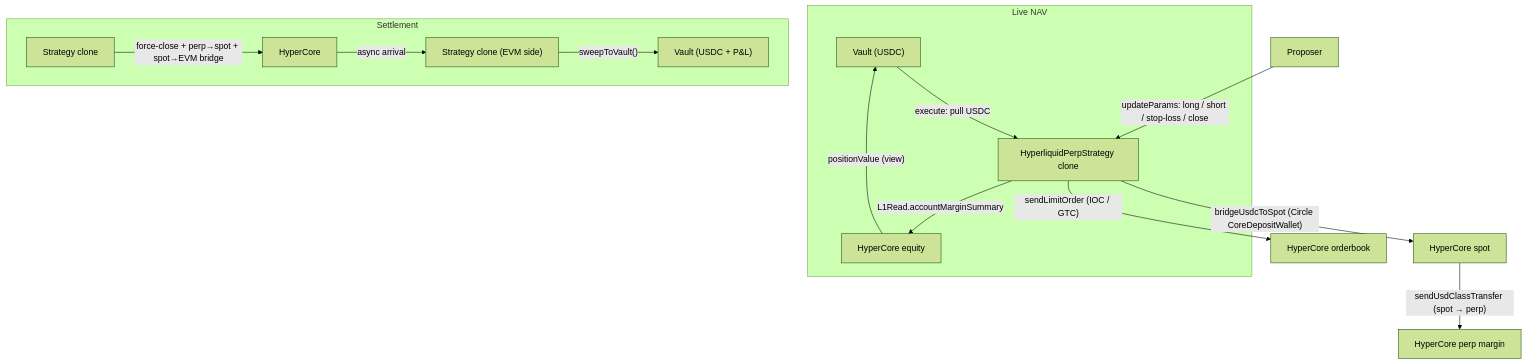
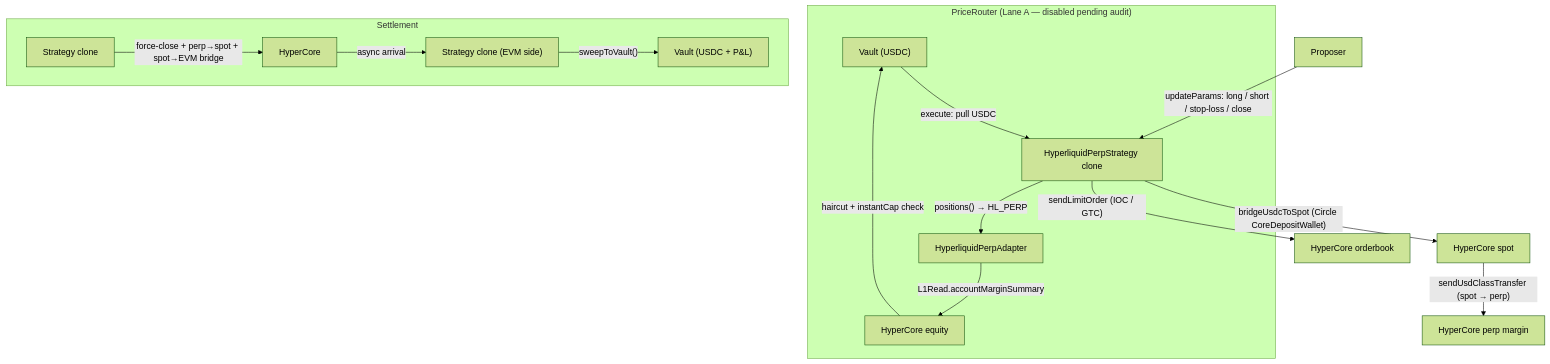
One commit to sherwoodagent/mintlify-docs changed the diagram in protocol/strategies/hyperliquid-perp.mdx. Above: the diagram before and after it, drawn with Mermaid (forest theme). The commit also changed other lines of this file and 3 other files, not shown here.

First line of the commit message:
docs: two-lane deposit/withdraw flow — new vault-liquidity page + diagram

````diff
--- a/protocol/strategies/hyperliquid-perp.mdx
+++ b/protocol/strategies/hyperliquid-perp.mdx
@@ -17,20 +17,21 @@
 ```mermaid
 graph TD
     V["Vault (USDC)"] -->|"execute: pull USDC"| S["HyperliquidPerpStrategy clone"]
     S -->|"bridgeUsdcToSpot (Circle CoreDepositWallet)"| C0["HyperCore spot"]
     C0 -->|"sendUsdClassTransfer (spot → perp)"| C2["HyperCore perp margin"]
 
     P["Proposer"] -->|"updateParams: long / short / stop-loss / close"| S
     S -->|"sendLimitOrder (IOC / GTC)"| C3["HyperCore orderbook"]
 
-    subgraph "Live NAV"
-        S -->|"L1Read.accountMarginSummary"| C5["HyperCore equity"]
-        C5 -->|"positionValue (view)"| V
+    subgraph "PriceRouter (Lane A — disabled pending audit)"
+        S -->|"positions() → HL_PERP"| C5["HyperliquidPerpAdapter"]
+        C5 -->|"L1Read.accountMarginSummary"| C6["HyperCore equity"]
+        C6 -->|"haircut + instantCap check"| V
     end
 
     subgraph Settlement
         S2["Strategy clone"] -->|"force-close + perp→spot + spot→EVM bridge"| C4["HyperCore"]
         C4 -->|"async arrival"| S3["Strategy clone (EVM side)"]
         S3 -->|"sweepToVault()"| V2["Vault (USDC + P&L)"]
     end
 ```
````
